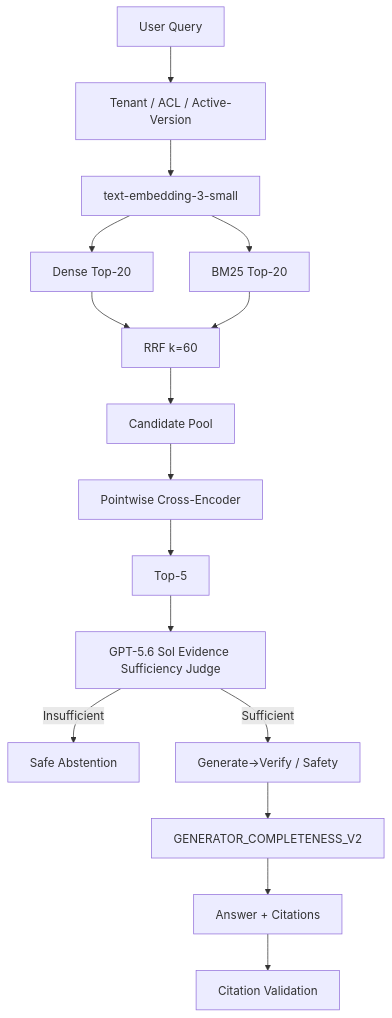
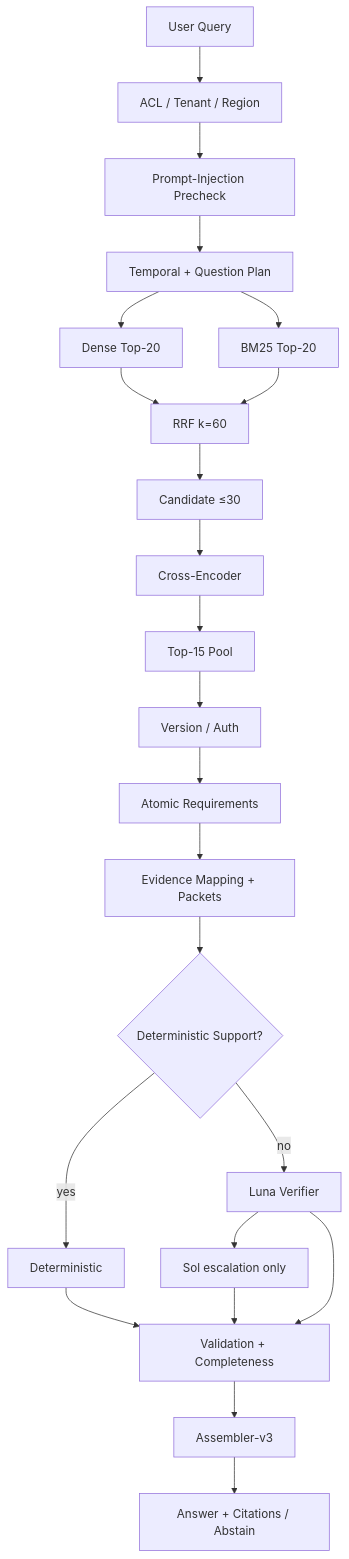
One commit to 11Yasuo11/enterprise-rag-workbench changed the diagram in docs/ARCHITECTURE_DECISIONS.md. Above: the diagram before and after it, drawn with Mermaid. The commit also changed other lines of this file and 14 other files, not shown here.

````diff
--- a/docs/ARCHITECTURE_DECISIONS.md
+++ b/docs/ARCHITECTURE_DECISIONS.md
@@ -12,18 +16,25 @@
 ```mermaid
 flowchart TB
-  Q[User Query] --> S[Tenant / ACL / Active-Version]
-  S --> E[text-embedding-3-small]
-  E --> D[Dense Top-20]
-  E --> B[BM25 Top-20]
-  D --> R[RRF k=60]
-  B --> R
-  R --> P[Candidate Pool]
-  P --> C[Pointwise Cross-Encoder]
-  C --> T[Top-5]
-  T --> J[GPT-5.6 Sol Evidence Sufficiency Judge]
-  J -->|Insufficient| A[Safe Abstention]
-  J -->|Sufficient| SAF[Generate→Verify / Safety]
-  SAF --> G[GENERATOR_COMPLETENESS_V2]
-  G --> ANS[Answer + Citations]
-  ANS --> CIT[Citation Validation]
+  Q[User Query] --> ACL[ACL / Tenant / Region]
+  ACL --> PI[Prompt-Injection Precheck]
+  PI --> TP[Temporal + Question Plan]
+  TP --> D[Dense Top-20]
+  TP --> B[BM25 Top-20]
+  D --> RRF[RRF k=60]
+  B --> RRF
+  RRF --> CAP[Candidate ≤30]
+  CAP --> CE[Cross-Encoder]
+  CE --> T15[Top-15 Pool]
+  T15 --> VA[Version / Auth]
+  VA --> REQ[Atomic Requirements]
+  REQ --> MAP[Evidence Mapping + Packets]
+  MAP --> DS{Deterministic Support?}
+  DS -->|yes| DET[Deterministic]
+  DS -->|no| LUNA[Luna Verifier]
+  LUNA --> SOL[Sol escalation only]
+  DET --> VAL[Validation + Completeness]
+  SOL --> VAL
+  LUNA --> VAL
+  VAL --> ASM[Assembler-v3]
+  ASM --> OUT[Answer + Citations / Abstain]
 ```
````
